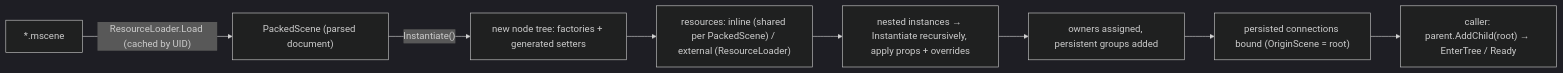
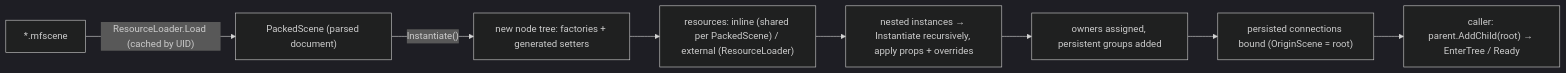
One commit to Mainframe-Games/mainframe-engine changed the diagram in docs/design/scene-serialization.md. Above: the diagram before and after it, drawn with Mermaid (dark theme). The commit also changed other lines of this file and 886 other files, not shown here.

````diff
--- a/docs/design/scene-serialization.md
+++ b/docs/design/scene-serialization.md
@@ -250,10 +250,10 @@
 ```mermaid
 flowchart LR
-    F["*.mscene"] -->|"ResourceLoader.Load (cached by UID)"| PS["PackedScene (parsed document)"]
+    F["*.mfscene"] -->|"ResourceLoader.Load (cached by UID)"| PS["PackedScene (parsed document)"]
     PS -->|"Instantiate()"| T["new node tree: factories + generated setters"]
     T --> R["resources: inline (shared per PackedScene) / external (ResourceLoader)"]
     R --> N["nested instances → Instantiate recursively, apply props + overrides"]
     N --> O["owners assigned, persistent groups added"]
     O --> C["persisted connections bound (OriginScene = root)"]
     C --> A["caller: parent.AddChild(root) → EnterTree / Ready"]
 ```
````
